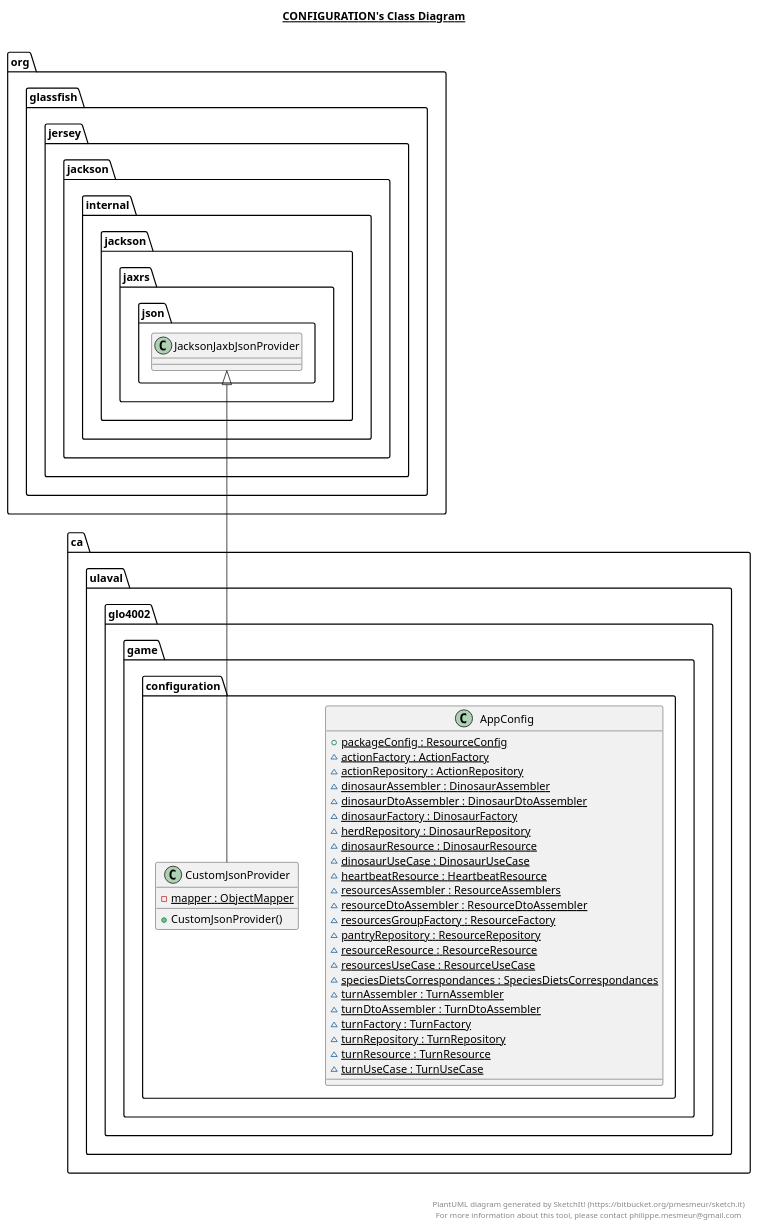
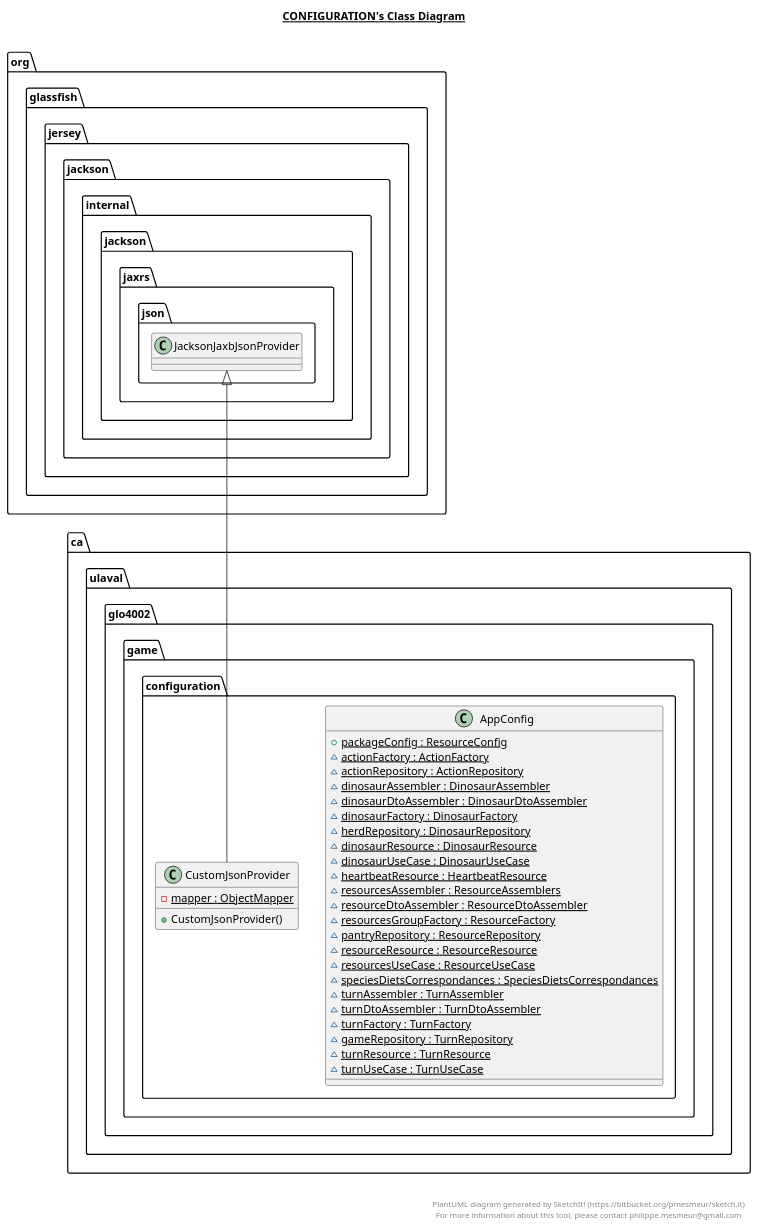
One commit to MALEC321/MEP7 changed the diagram in game-api/src/main/java/ca/ulaval/glo4002/game/application/configuration/configuration.plantuml. Above: the diagram before and after it, drawn with PlantUML. The commit also changed 14 other files, not shown here.

```diff
--- a/game-api/src/main/java/ca/ulaval/glo4002/game/application/configuration/configuration.plantuml
+++ b/game-api/src/main/java/ca/ulaval/glo4002/game/application/configuration/configuration.plantuml
@@ -1,56 +1,56 @@
 @startuml
 
 title __CONFIGURATION's Class Diagram__\n
 
     namespace ca.ulaval.glo4002.game {
       namespace configuration {
         class ca.ulaval.glo4002.game.configuration.AppConfig {
             {static} + packageConfig : ResourceConfig
             {static} ~ actionFactory : ActionFactory
             {static} ~ actionRepository : ActionRepository
             {static} ~ dinosaurAssembler : DinosaurAssembler
             {static} ~ dinosaurDtoAssembler : DinosaurDtoAssembler
             {static} ~ dinosaurFactory : DinosaurFactory
             {static} ~ herdRepository : DinosaurRepository
             {static} ~ dinosaurResource : DinosaurResource
             {static} ~ dinosaurUseCase : DinosaurUseCase
             {static} ~ heartbeatResource : HeartbeatResource
             {static} ~ resourcesAssembler : ResourceAssemblers
             {static} ~ resourceDtoAssembler : ResourceDtoAssembler
             {static} ~ resourcesGroupFactory : ResourceFactory
             {static} ~ pantryRepository : ResourceRepository
             {static} ~ resourceResource : ResourceResource
             {static} ~ resourcesUseCase : ResourceUseCase
             {static} ~ speciesDietsCorrespondances : SpeciesDietsCorrespondances
             {static} ~ turnAssembler : TurnAssembler
             {static} ~ turnDtoAssembler : TurnDtoAssembler
             {static} ~ turnFactory : TurnFactory
-            {static} ~ turnRepository : TurnRepository
+            {static} ~ gameRepository : TurnRepository
             {static} ~ turnResource : TurnResource
             {static} ~ turnUseCase : TurnUseCase
         }
       }
     }
   
 
     namespace ca.ulaval.glo4002.game {
       namespace configuration {
         class ca.ulaval.glo4002.game.configuration.CustomJsonProvider {
             {static} - mapper : ObjectMapper
             + CustomJsonProvider()
         }
       }
     }
   
 
   ca.ulaval.glo4002.game.configuration.CustomJsonProvider -up-|> org.glassfish.jersey.jackson.internal.jackson.jaxrs.json.JacksonJaxbJsonProvider
 
 
 right footer
 
 
 PlantUML diagram generated by SketchIt! (https://bitbucket.org/pmesmeur/sketch.it)
 For more information about this tool, please contact philippe.mesmeur@gmail.com
 endfooter
 
 @enduml
```
